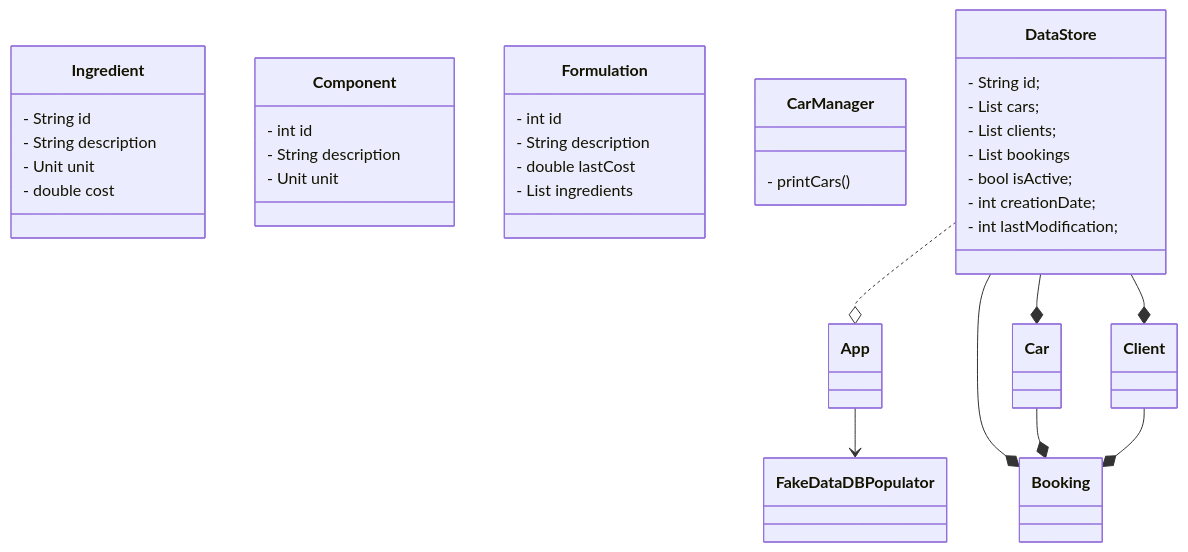
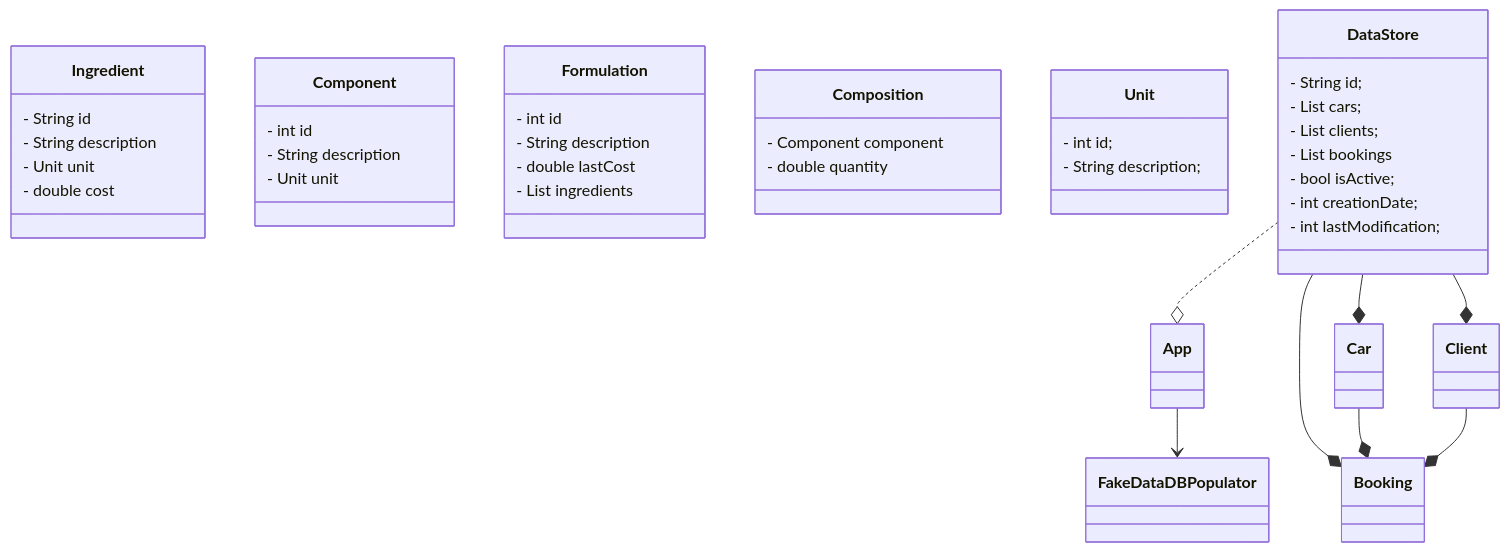
One commit to cvilafer/Formulations changed the diagram in docs/uml.md. Above: the diagram before and after it, drawn with Mermaid. The commit also changed other lines of this file, not shown here.

Commit message:
Refactor UML Data Model and diagrams

````diff
--- a/docs/uml.md
+++ b/docs/uml.md
@@ -121,57 +121,60 @@
 ```mermaid
 classDiagram
     class App {
 
     } 
 
     class Ingredient{
       - String id
       - String description
       - Unit unit
       - double cost    
     }
     class Component{
         - int id
     - String description
     - Unit unit
     }
     class Formulation{
         - int id
     - String description
     - double lastCost
     - List<Ingredient> ingredients
 
 
     }
 
-    class FakeDataDBPopulator {
+    class Composition {
+- Component component
+    - double quantity
     }
 
-    class CarManager {
+    class Unit {
 
-     - printCars()
+     - int id;
+    - String description;
 
     }
 
     class DataStore {
 
     - String id;
     - List<Car> cars;
     - List<Client> clients;
     - List <Booking> bookings
     - bool isActive;
     - int creationDate;
     - int lastModification;
 
 
      }
 
 
     App --> FakeDataDBPopulator
     DataStore ..o App
     DataStore --* Car
     DataStore --* Booking
     DataStore --* Client
     Car --* Booking
     Client --* Booking
 ```
````
